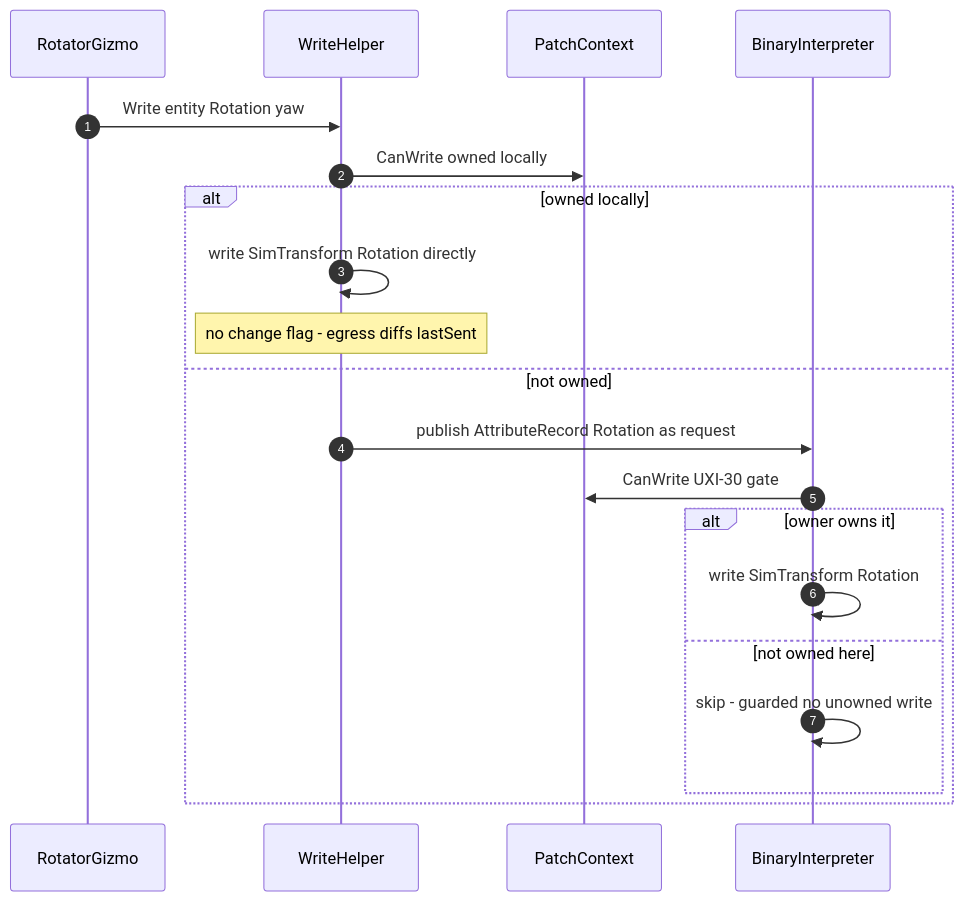
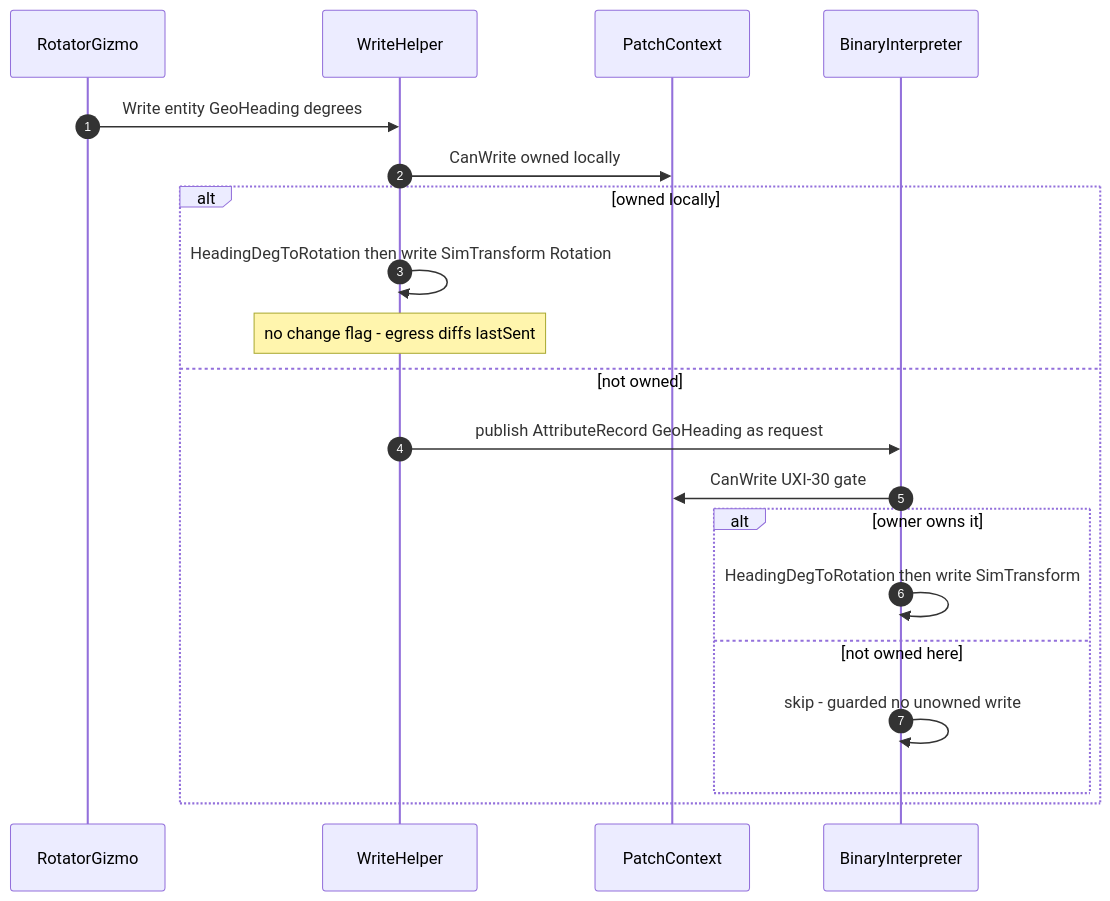
Before and after one commit to pjanec/HROT: the second of 2 diagrams in docs/DESIGN_Cgf_AxisB_Rotation_Slice.md, drawn with Mermaid. The commit also changed other lines of this file and 1 other file, not shown here.

First line of the commit message:
axis-b: use GeoHeading (deg, 0=N/90=E) reusing existing HeadingDegToRotation, not a new rotation attribute

````diff
--- a/docs/DESIGN_Cgf_AxisB_Rotation_Slice.md
+++ b/docs/DESIGN_Cgf_AxisB_Rotation_Slice.md
@@ -93,23 +95,23 @@
 ```mermaid
 sequenceDiagram
     autonumber
     participant G as RotatorGizmo
     participant W as WriteHelper
     participant PC as PatchContext
     participant BI as BinaryInterpreter
 
-    G->>W: Write entity Rotation yaw
+    G->>W: Write entity GeoHeading degrees
     W->>PC: CanWrite owned locally
     alt owned locally
-        W->>W: write SimTransform Rotation directly
+        W->>W: HeadingDegToRotation then write SimTransform Rotation
         Note over W: no change flag - egress diffs lastSent
     else not owned
-        W->>BI: publish AttributeRecord Rotation as request
+        W->>BI: publish AttributeRecord GeoHeading as request
         BI->>PC: CanWrite UXI-30 gate
         alt owner owns it
-            BI->>BI: write SimTransform Rotation
+            BI->>BI: HeadingDegToRotation then write SimTransform
         else not owned here
             BI->>BI: skip - guarded no unowned write
         end
     end
 ```
````
